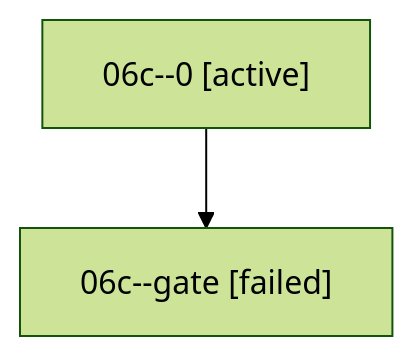
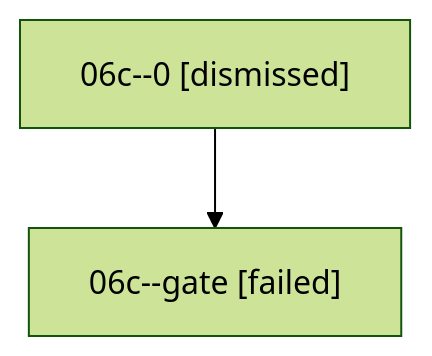
The diagram in sessions/bbugyi200.athena.06c.md (sase-org/sase--agents), drawn with Mermaid (forest theme) before and after one commit. The commit also changed other lines of this file and 32 other files, not shown here.

````diff
--- a/sessions/bbugyi200.athena.06c.md
+++ b/sessions/bbugyi200.athena.06c.md
@@ -9,6 +9,6 @@
 ```mermaid
 flowchart TD
-  n0["06c--0 [active]"]
+  n0["06c--0 [dismissed]"]
   n1["06c--gate [failed]"]
   n0 --> n1
 ```
````
